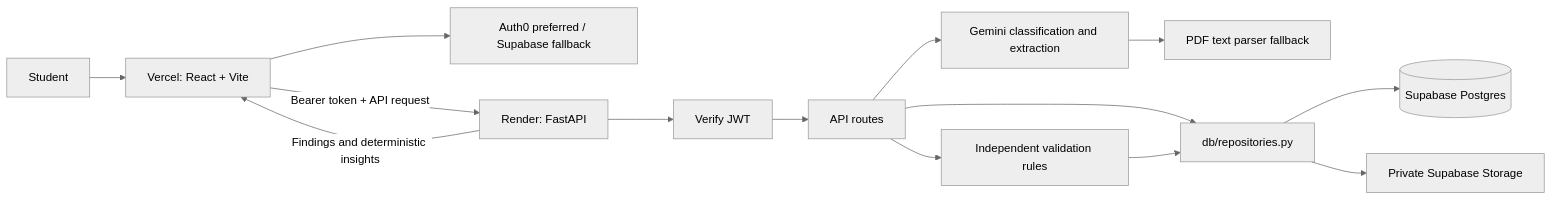
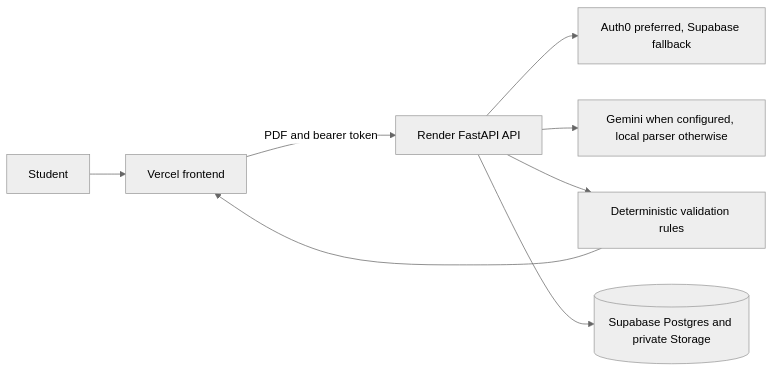
Before and after one commit to ManavTri/TheVibeCoders-HackPSU-2026: the diagram in docs/architecture.md, drawn with Mermaid (neutral theme). The commit also changed other lines of this file and 10 other files, not shown here.

````diff
--- a/docs/architecture.md
+++ b/docs/architecture.md
@@ -3,16 +3,10 @@
 ```mermaid
 flowchart LR
-  Student --> Vercel[Vercel: React + Vite]
-  Vercel --> Auth[Auth0 preferred / Supabase fallback]
-  Vercel -->|Bearer token + API request| Render[Render: FastAPI]
-  Render --> Verify[Verify JWT]
-  Verify --> Routes[API routes]
-  Routes --> Extract[Gemini classification and extraction]
-  Extract --> Fallback[PDF text parser fallback]
-  Routes --> Rules[Independent validation rules]
-  Routes --> Repositories[db/repositories.py]
-  Repositories --> Postgres[(Supabase Postgres)]
-  Repositories --> PrivateStorage[Private Supabase Storage]
-  Rules --> Repositories
-  Render -->|Findings and deterministic insights| Vercel
+  Student --> Web[Vercel frontend]
+  Web -->|PDF and bearer token| API[Render FastAPI API]
+  API --> Auth[Auth0 preferred, Supabase fallback]
+  API --> Extract[Gemini when configured, local parser otherwise]
+  API --> Rules[Deterministic validation rules]
+  API --> Data[(Supabase Postgres and private Storage)]
+  Rules --> Web
 ```
````
